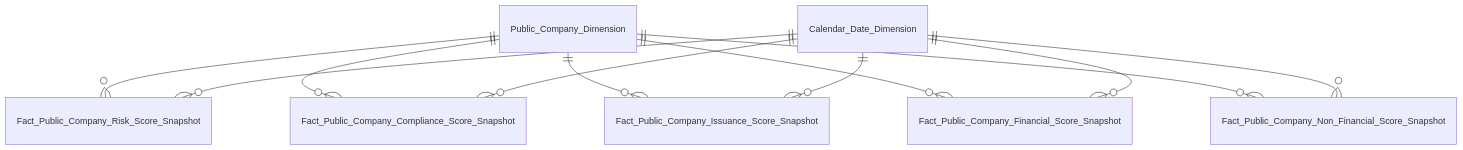
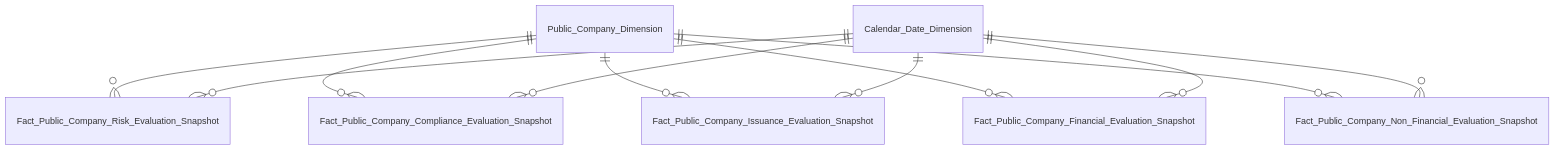
The first of 3 diagrams in Datamart/hld/DTM_GSDC_Entities.md (linhlvit/ubck_atomic_design), drawn with Mermaid before and after one commit. The commit also changed other lines of this file and 36 other files, not shown here.

````diff
--- a/Datamart/hld/DTM_GSDC_Entities.md
+++ b/Datamart/hld/DTM_GSDC_Entities.md
@@ -5,13 +5,13 @@
 ```mermaid
 erDiagram
-    Public_Company_Dimension ||--o{ Fact_Public_Company_Risk_Score_Snapshot : " "
-    Calendar_Date_Dimension ||--o{ Fact_Public_Company_Risk_Score_Snapshot : " "
-    Public_Company_Dimension ||--o{ Fact_Public_Company_Compliance_Score_Snapshot : " "
-    Calendar_Date_Dimension ||--o{ Fact_Public_Company_Compliance_Score_Snapshot : " "
-    Public_Company_Dimension ||--o{ Fact_Public_Company_Issuance_Score_Snapshot : " "
-    Calendar_Date_Dimension ||--o{ Fact_Public_Company_Issuance_Score_Snapshot : " "
-    Public_Company_Dimension ||--o{ Fact_Public_Company_Financial_Score_Snapshot : " "
-    Calendar_Date_Dimension ||--o{ Fact_Public_Company_Financial_Score_Snapshot : " "
-    Public_Company_Dimension ||--o{ Fact_Public_Company_Non_Financial_Score_Snapshot : " "
-    Calendar_Date_Dimension ||--o{ Fact_Public_Company_Non_Financial_Score_Snapshot : " "
+    Public_Company_Dimension ||--o{ Fact_Public_Company_Risk_Evaluation_Snapshot : " "
+    Calendar_Date_Dimension ||--o{ Fact_Public_Company_Risk_Evaluation_Snapshot : " "
+    Public_Company_Dimension ||--o{ Fact_Public_Company_Compliance_Evaluation_Snapshot : " "
+    Calendar_Date_Dimension ||--o{ Fact_Public_Company_Compliance_Evaluation_Snapshot : " "
+    Public_Company_Dimension ||--o{ Fact_Public_Company_Issuance_Evaluation_Snapshot : " "
+    Calendar_Date_Dimension ||--o{ Fact_Public_Company_Issuance_Evaluation_Snapshot : " "
+    Public_Company_Dimension ||--o{ Fact_Public_Company_Financial_Evaluation_Snapshot : " "
+    Calendar_Date_Dimension ||--o{ Fact_Public_Company_Financial_Evaluation_Snapshot : " "
+    Public_Company_Dimension ||--o{ Fact_Public_Company_Non_Financial_Evaluation_Snapshot : " "
+    Calendar_Date_Dimension ||--o{ Fact_Public_Company_Non_Financial_Evaluation_Snapshot : " "
 ```
````
